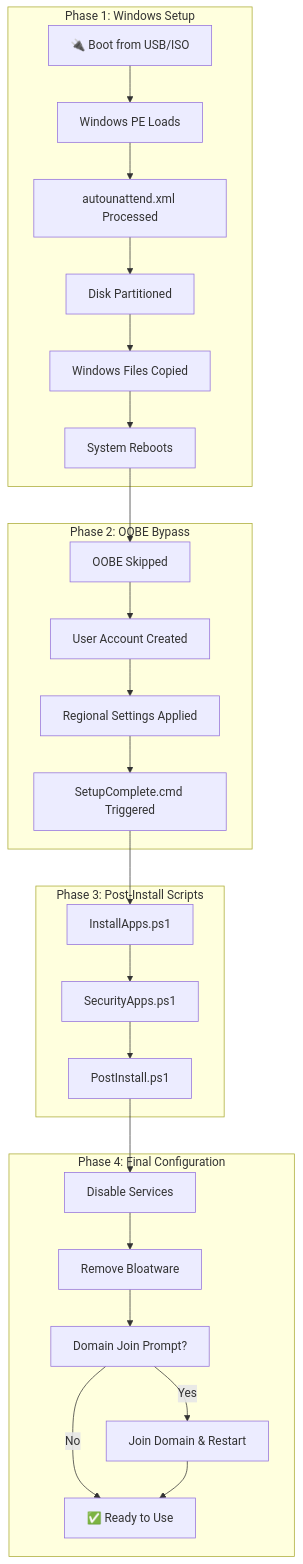
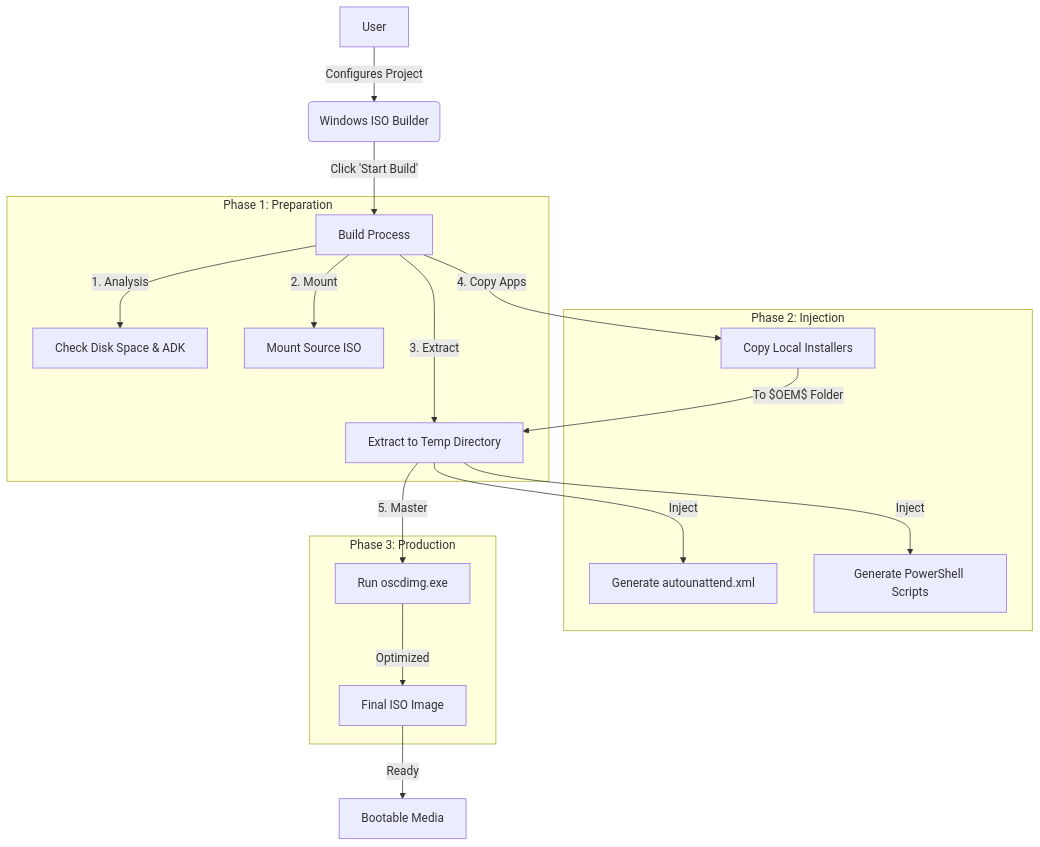
One commit to mohdsabuhammad/WinISOBuilder changed the second of 2 diagrams in README.md. Above: the diagram before and after it, drawn with Mermaid. The commit also changed other lines of this file and 3 other files, not shown here.

````diff
--- a/README.md
+++ b/README.md
@@ -117,32 +92,26 @@
 ```mermaid
-flowchart TD
-    subgraph "Phase 1: Windows Setup"
-        A[🔌 Boot from USB/ISO] --> B[Windows PE Loads]
-        B --> C[autounattend.xml Processed]
-        C --> D[Disk Partitioned]
-        D --> E[Windows Files Copied]
-        E --> F[System Reboots]
+graph TD
+    User[User] -->|Configures Project| App(Windows ISO Builder)
+    App -->|Click 'Start Build'| Build[Build Process]
+    
+    subgraph "Phase 1: Preparation"
+    Build -->|1. Analysis| Check[Check Disk Space & ADK]
+    Build -->|2. Mount| Mount[Mount Source ISO]
+    Build -->|3. Extract| Extract[Extract to Temp Directory]
     end
     
-    subgraph "Phase 2: OOBE Bypass"
-        F --> G[OOBE Skipped]
-        G --> H[User Account Created]
-        H --> I[Regional Settings Applied]
-        I --> J[SetupComplete.cmd Triggered]
+    subgraph "Phase 2: Injection"
+    Extract -->|Inject| GenXML[Generate autounattend.xml]
+    Extract -->|Inject| GenScripts[Generate PowerShell Scripts]
+    
+    Build -->|4. Copy Apps| CopyApps[Copy Local Installers]
+    CopyApps -->|To $OEM$ Folder| Extract
     end
     
-    subgraph "Phase 3: Post-Install Scripts"
-        J --> K[InstallApps.ps1]
-        K --> L[SecurityApps.ps1]
-        L --> M[PostInstall.ps1]
+    subgraph "Phase 3: Production"
+    Extract -->|5. Master| Oscdimg[Run oscdimg.exe]
+    Oscdimg -->|Optimized| ISO[Final ISO Image]
     end
     
-    subgraph "Phase 4: Final Configuration"
-        M --> N[Disable Services]
-        N --> O[Remove Bloatware]
-        O --> P[Domain Join Prompt?]
-        P -->|Yes| Q[Join Domain & Restart]
-        P -->|No| R[✅ Ready to Use]
-        Q --> R
-    end
+    ISO -->|Ready| Done[Bootable Media]
 ```
````
